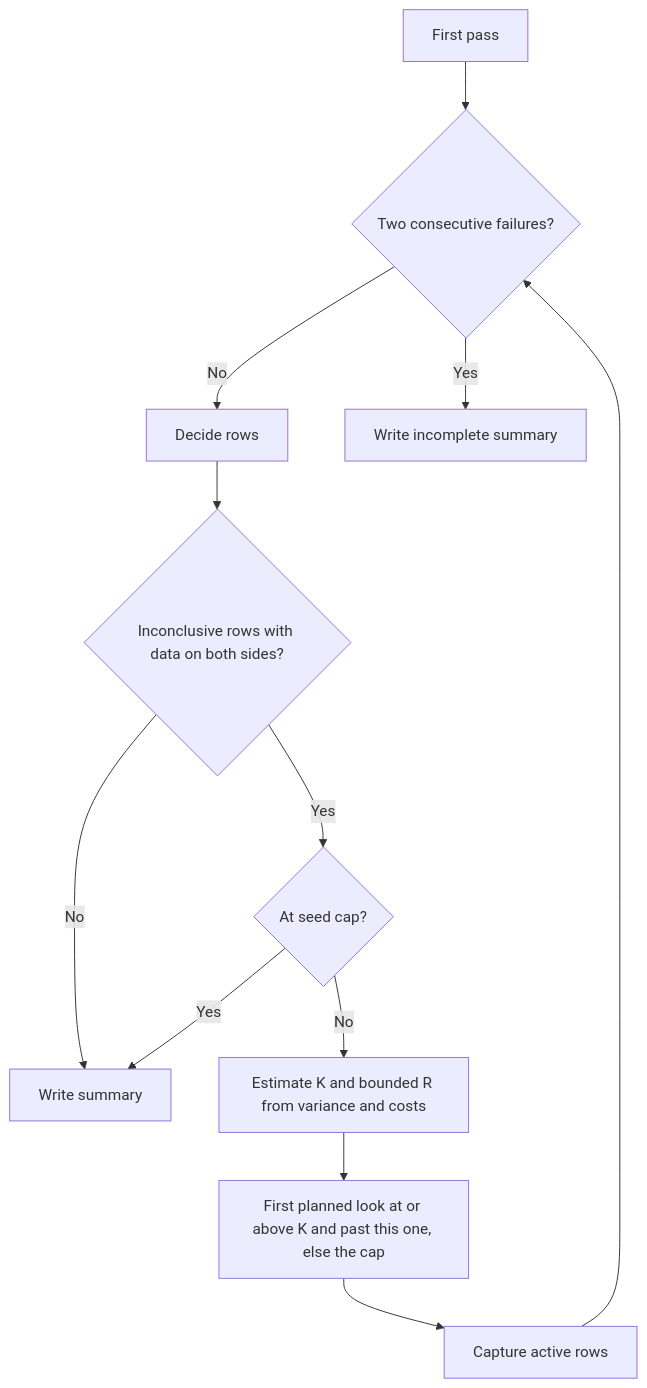
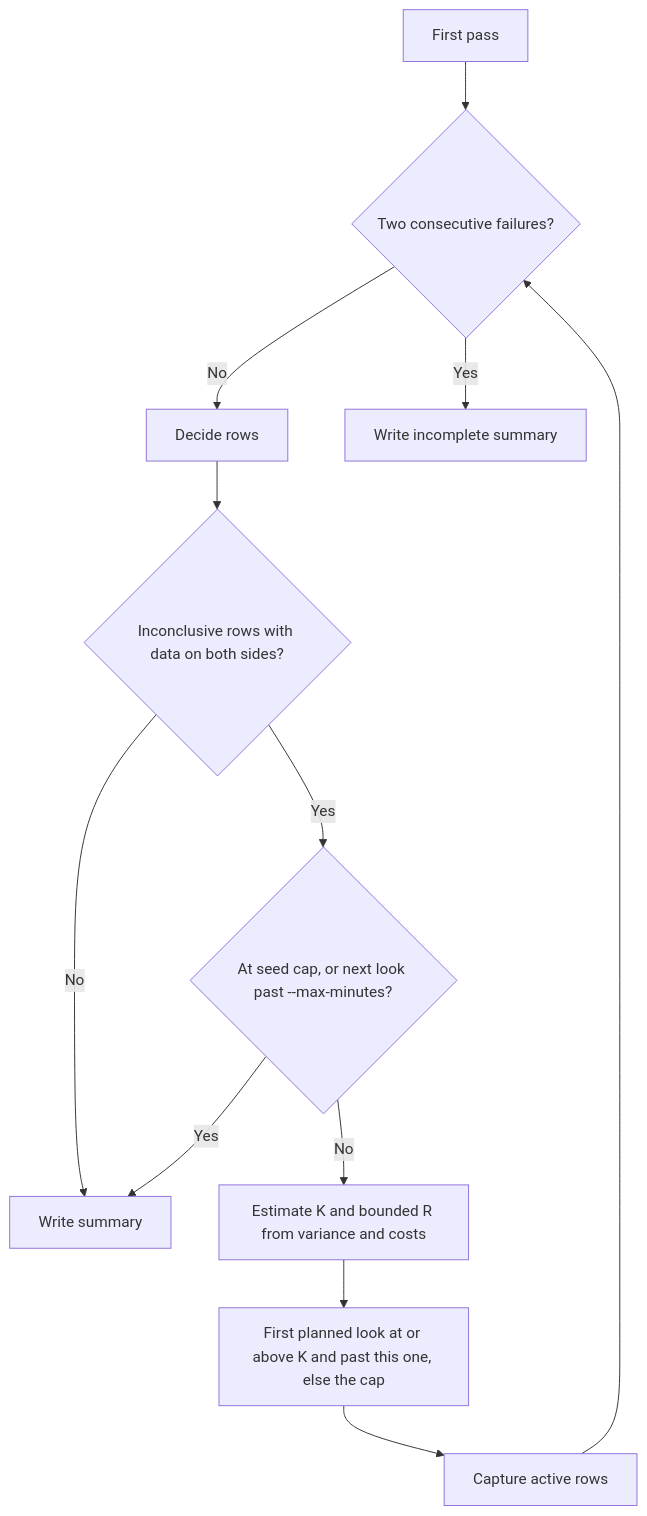
One commit to jose-villegas/autana changed the second of 3 diagrams in launcher/tools/perf/README.md. Above: the diagram before and after it, drawn with Mermaid. The commit also changed other lines of this file and 3 other files, not shown here.

Commit message:
perf_compare: stop before a look that would pass --max-minutes (default 120) and name the unresolved rows (autana-ejkur)

````diff
--- a/launcher/tools/perf/README.md
+++ b/launcher/tools/perf/README.md
@@ -103,14 +103,14 @@
 ```mermaid
 flowchart TD
     First[First pass] --> Fail{Two consecutive failures?}
     Fail -->|No| Decide[Decide rows]
     Decide --> Active{Inconclusive rows with data on both sides?}
     Active -->|No| Summary[Write summary]
-    Active -->|Yes| Cap{At seed cap?}
+    Active -->|Yes| Cap{At seed cap, or next look past --max-minutes?}
     Cap -->|Yes| Summary
     Cap -->|No| Estimate[Estimate K and bounded R from variance and costs]
     Estimate --> Next[First planned look at or above K and past this one, else the cap]
     Next --> Capture[Capture active rows]
     Capture --> Fail
     Fail -->|Yes| Incomplete[Write incomplete summary]
 ```
````
